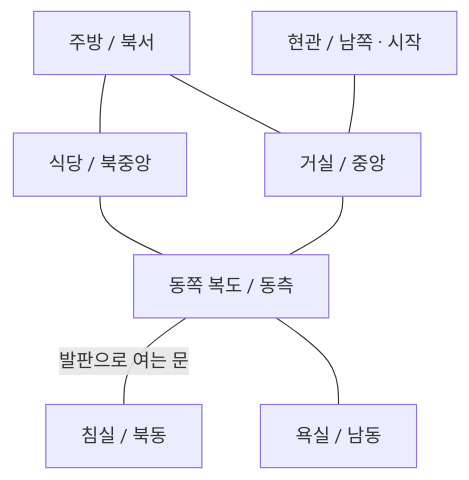
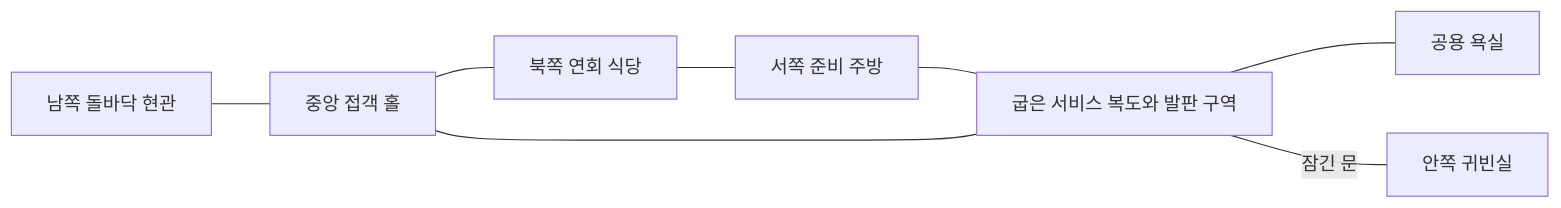
The diagram in docs/first_floor_layout_proposal.md (jogomme/OutOfSight), drawn with Mermaid before and after one commit. The commit also changed other lines of this file, not shown here.

````diff
--- a/docs/first_floor_layout_proposal.md
+++ b/docs/first_floor_layout_proposal.md
@@ -28,10 +27,10 @@
 ```mermaid
-flowchart TB
-    K[주방 / 북서] --- D[식당 / 북중앙]
-    K --- L[거실 / 중앙]
-    D --- H[동쪽 복도 / 동측]
+flowchart LR
+    E[남쪽 돌바닥 현관] --- L[중앙 접객 홀]
+    L --- D[북쪽 연회 식당]
+    D --- K[서쪽 준비 주방]
+    K --- H[굽은 서비스 복도와 발판 구역]
     L --- H
-    H ---|발판으로 여는 문| B[침실 / 북동]
-    H --- W[욕실 / 남동]
-    E[현관 / 남쪽 · 시작] --- L
+    H --- W[공용 욕실]
+    H ---|잠긴 문| B[안쪽 귀빈실]
 ```
````
